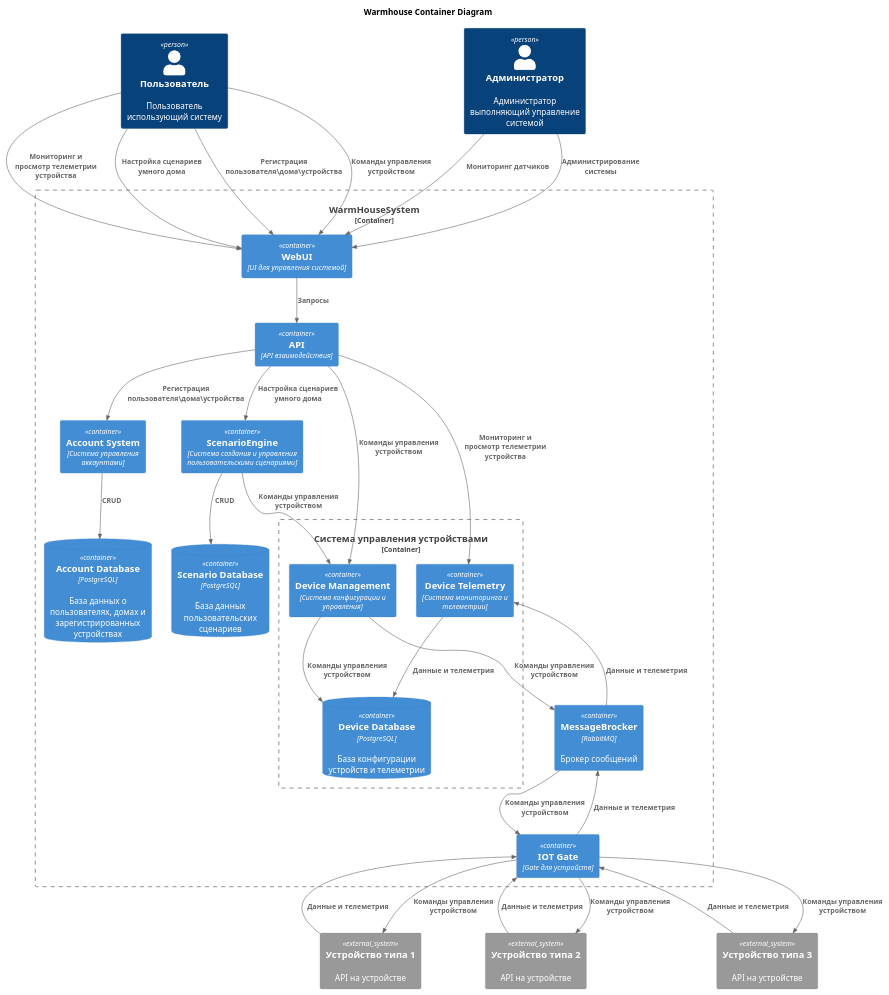
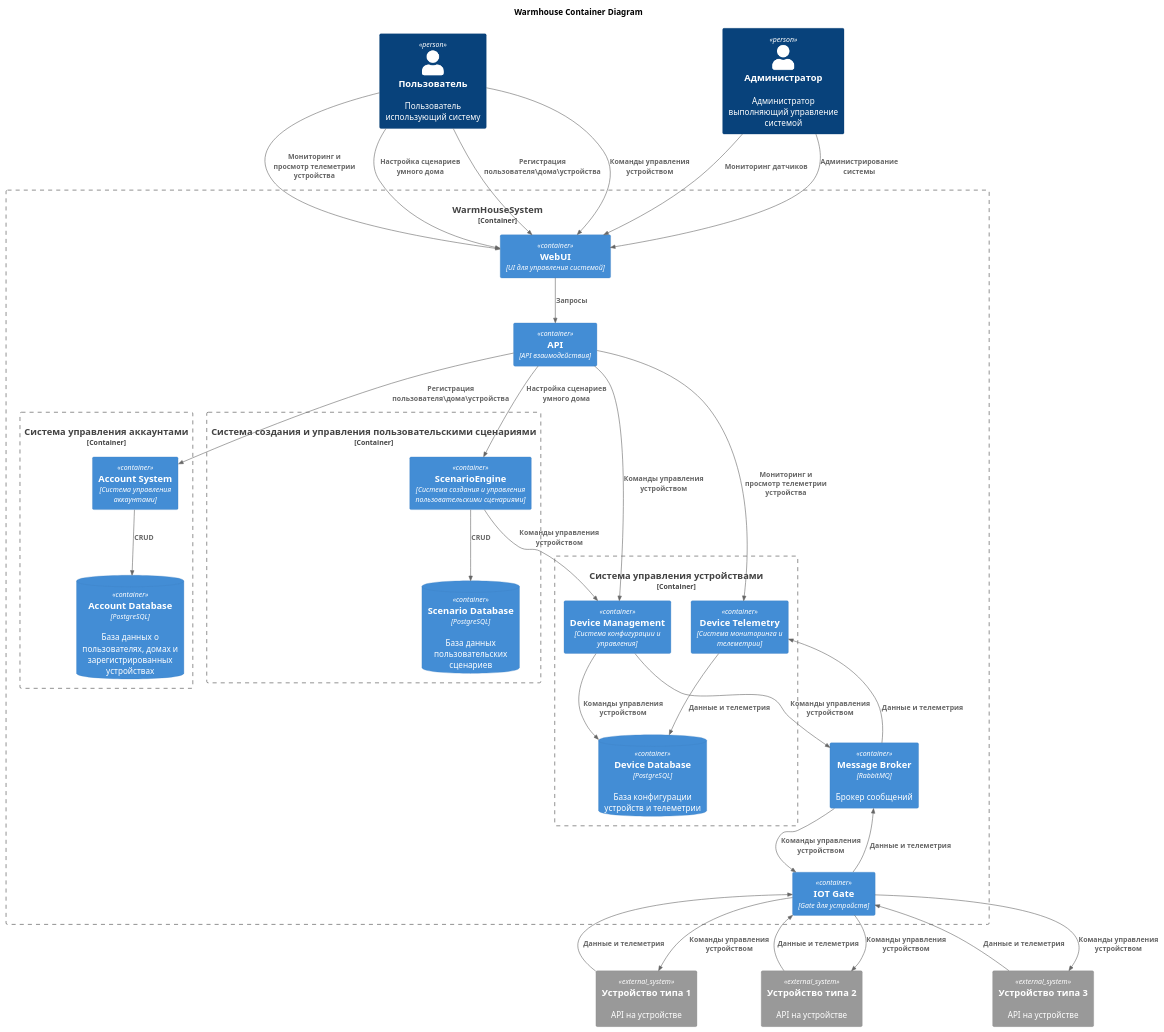
Before and after one commit to MasterKhajiit/architecture-warmhouse-1: the diagram in Schemes/C4_Container_Diagram.puml, drawn with PlantUML. The commit also changed 1 other file, not shown here.

Commit message:
Updated C4_Container_Diagram.puml and PNG

```diff
--- a/Schemes/C4_Container_Diagram.puml
+++ b/Schemes/C4_Container_Diagram.puml
@@ -1,67 +1,84 @@
 @startuml
 title Warmhouse Container Diagram
 
 !include https://raw.githubusercontent.com/plantuml-stdlib/C4-PlantUML/master/C4_Container.puml
 
 Person(user, "Пользователь", "Пользователь использующий систему")
 Person(admin, "Администратор", "Администратор выполняющий управление системой")
 
+'Внешние устройства умного дома
+System_Ext(sensor1, "Устройство типа 1", "API на устройстве")
+System_Ext(sensor2, "Устройство типа 2", "API на устройстве")
+System_Ext(sensor3, "Устройство типа 3", "API на устройстве")
+
 Container_Boundary(WarmHouseSystem, "WarmHouseSystem") {
     Container(WebUI, "WebUI", "UI для управления системой")
     Container(APIGate, "API", "API взаимодействия")
     Container(IOTGate, "IOT Gate", "Gate для устройств")
 
-    Container(AccountMGM, "Account System", "Система управления аккаунтами")
-    ContainerDb(AccountDb, "Account Database", "PostgreSQL", "База данных о пользователях, домах и зарегистрированных устройствах")
+    'Функционал работы с учетными данными Пользователей, Домов, Устройств
+    Container_Boundary(AccountMGM, "Система управления аккаунтами"){
+        Container(AccountCore, "Account System", "Система управления аккаунтами")
+        ContainerDb(AccountDb, "Account Database", "PostgreSQL", "База данных о пользователях, домах и зарегистрированных устройствах")
+    }
 
-    Container(ScenarioEngine, "ScenarioEngine", "Система создания и управления пользовательскими сценариями")
-    ContainerDb(ScenarioDb, "Scenario Database", "PostgreSQL", "База данных пользовательских сценариев")
+    'Функционал работы с пользовательскими сценариями умного дома
+    Container_Boundary(ScenarioMGM, "Система создания и управления пользовательскими сценариями"){
+        Container(ScenarioEngine, "ScenarioEngine", "Система создания и управления пользовательскими сценариями")
+        ContainerDb(ScenarioDb, "Scenario Database", "PostgreSQL", "База данных пользовательских сценариев")
+    }
 
+    'Функционал работы с устройствами умного дома
     Container_Boundary(DeviceMGM, "Система управления устройствами") {
         Container(Management, "Device Management", "Система конфигурации и управления")
         Container(Telemetry, "Device Telemetry", "Система мониторинга и телеметрии")
         ContainerDb(DeviceDb, "Device Database", "PostgreSQL", "База конфигурации устройств и телеметрии")
     }
-    Container(MessageBrocker, "MessageBrocker", "RabbitMQ",  "Брокер сообщений")
+    Container(MessageBroker, "Message Broker", "RabbitMQ",  "Брокер сообщений")
 }
 
-System_Ext(sensor1, "Устройство типа 1", "API на устройстве")
-System_Ext(sensor2, "Устройство типа 2", "API на устройстве")
-System_Ext(sensor3, "Устройство типа 3", "API на устройстве")
-
+'Взаимодействие пользователя и Web UI системы
 Rel(user, WebUI, "Регистрация пользователя\дома\устройства")
 Rel(user, WebUI, "Команды управления устройством")
 Rel(user, WebUI, "Мониторинг и просмотр телеметрии устройства")
 Rel(user, WebUI, "Настройка сценариев умного дома")
 
+'Взаимодействие администратора и Web UI системы
 Rel(admin, WebUI, "Мониторинг датчиков")
 Rel(admin, WebUI, "Администрирование системы")
 
+'Передача запросов пользователя и администратора для маршрутизации через API-Gate
 Rel(WebUI, APIGate, "Запросы")
 
-Rel(APIGate, AccountMGM, "Регистрация пользователя\дома\устройства")
-Rel(AccountMGM, AccountDb, "CRUD")
+'Маршрутизация запросов через API-Gate:
+'1. Маршрутизация запросов работы с учетными данными Пользователей, Домов, Устройств
+Rel(APIGate, AccountCore, "Регистрация пользователя\дома\устройства")
+Rel(AccountCore, AccountDb, "CRUD")
 
+'2. Маршрутизация запросов работы с пользовательскими сценариями умного дома
 Rel(APIGate, ScenarioEngine, "Настройка сценариев умного дома")
 Rel(ScenarioEngine, ScenarioDb, "CRUD")
 Rel(ScenarioEngine, Management, "Команды управления устройством")
 
+'3. Маршрутизация запросов работы с устройствами умного дома
 Rel(APIGate, Management, "Команды управления устройством")
 Rel(Management, DeviceDb, "Команды управления устройством")
-Rel(Management, MessageBrocker, "Команды управления устройством")
-
+Rel(Management, MessageBroker, "Команды управления устройством")
 Rel(APIGate, Telemetry, "Мониторинг и просмотр телеметрии устройства")
-Rel(MessageBrocker, Telemetry, "Данные и телеметрия")
+Rel(MessageBroker, Telemetry, "Данные и телеметрия")
 Rel(Telemetry, DeviceDb, "Данные и телеметрия")
 
-Rel(MessageBrocker, IOTGate, "Команды управления устройством")
-Rel(IOTGate, MessageBrocker, "Данные и телеметрия")
+'Передача запросов работы с устройствами умного дома для маршрутизации через IOT-Gate и получение данных и телеметрии с устройств умного дома
+Rel(MessageBroker, IOTGate, "Команды управления устройством")
+Rel(IOTGate, MessageBroker, "Данные и телеметрия")
 
+'Маршрутизация запросов работы с устройствами умного дома
 Rel(IOTGate, sensor1, "Команды управления устройством")
 Rel(IOTGate, sensor2, "Команды управления устройством")
 Rel(IOTGate, sensor3, "Команды управления устройством")
 
+'Передача данных и телеметрии с устройств умного дома
 Rel(sensor1, IOTGate, "Данные и телеметрия")
 Rel(sensor2, IOTGate, "Данные и телеметрия")
 Rel(sensor3, IOTGate, "Данные и телеметрия")
 @enduml
```
